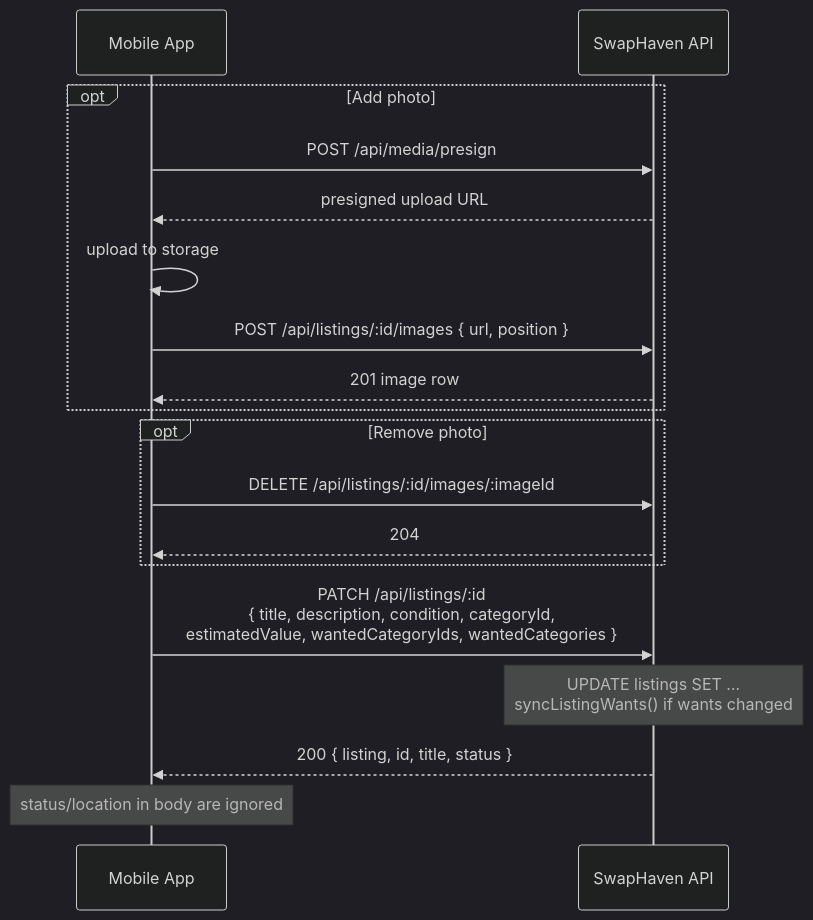
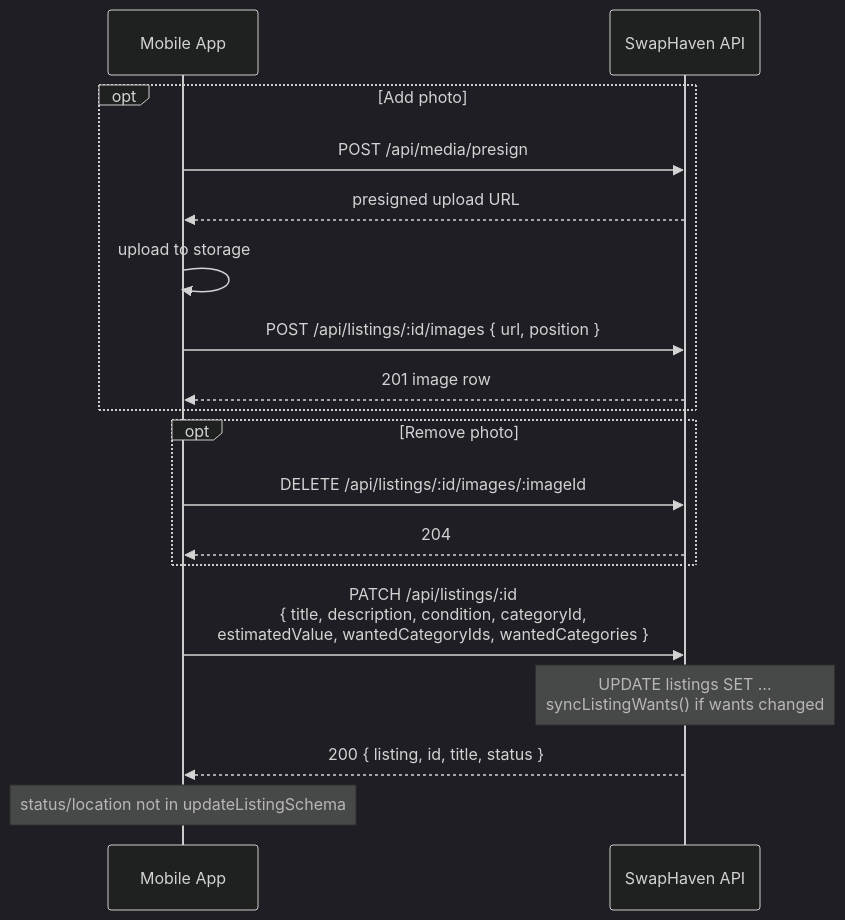
One commit to barterinfo/swaphaven-backend changed the sixth of 11 diagrams in docs/LISTING_MANAGEMENT_FEATURE.md. Above: the diagram before and after it, drawn with Mermaid (dark theme). The commit also changed other lines of this file and 11 other files, not shown here.

````diff
--- a/docs/LISTING_MANAGEMENT_FEATURE.md
+++ b/docs/LISTING_MANAGEMENT_FEATURE.md
@@ -252,23 +262,23 @@
 ```mermaid
 sequenceDiagram
   participant App as Mobile App
   participant API as SwapHaven API
 
   opt Add photo
     App->>API: POST /api/media/presign
     API-->>App: presigned upload URL
     App->>App: upload to storage
     App->>API: POST /api/listings/:id/images { url, position }
     API-->>App: 201 image row
   end
 
   opt Remove photo
     App->>API: DELETE /api/listings/:id/images/:imageId
     API-->>App: 204
   end
 
   App->>API: PATCH /api/listings/:id<br/>{ title, description, condition, categoryId,<br/>  estimatedValue, wantedCategoryIds, wantedCategories }
   Note over API: UPDATE listings SET …<br/>syncListingWants() if wants changed
   API-->>App: 200 { listing, id, title, status }
-  Note over App: status/location in body are ignored
+  Note over App: status/location not in updateListingSchema
 ```
````
